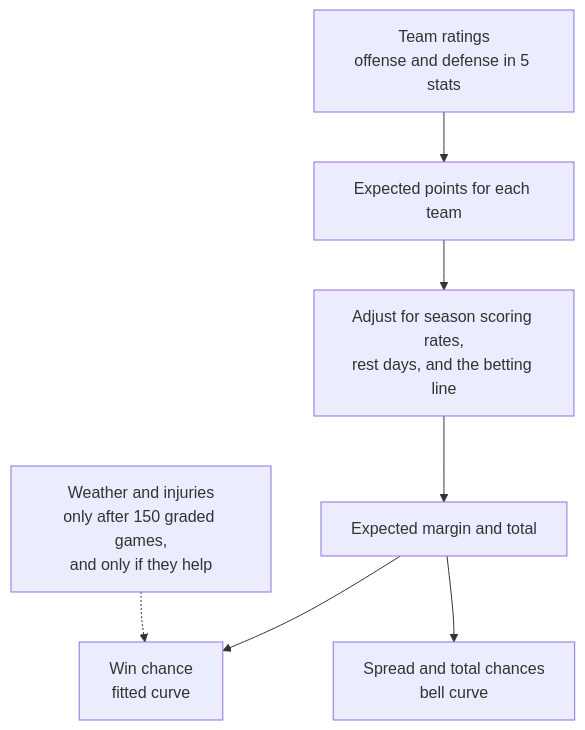
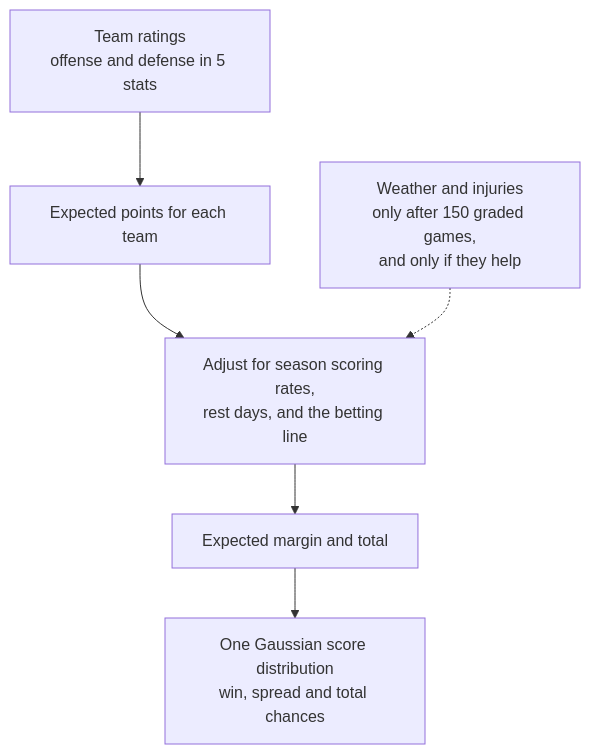
The second of 2 diagrams in README.md (bngomez98/cfb-forecast), drawn with Mermaid before and after one commit. The commit also changed other lines of this file and 9 other files, not shown here.

Commit message:
Keep forecast probabilities consistent with one causal score model

````diff
--- a/README.md
+++ b/README.md
@@ -42,9 +42,8 @@
 ```mermaid
 flowchart TD
   R["Team ratings<br/>offense and defense in 5 stats"] --> P["Expected points for each team"]
   P --> A["Adjust for season scoring rates,<br/>rest days, and the betting line"]
   A --> S["Expected margin and total"]
-  S --> W["Win chance<br/>fitted curve"]
-  S --> L["Spread and total chances<br/>bell curve"]
-  C["Weather and injuries<br/>only after 150 graded games,<br/>and only if they help"] -.-> W
+  S --> W["One Gaussian score distribution<br/>win, spread and total chances"]
+  C["Weather and injuries<br/>only after 150 graded games,<br/>and only if they help"] -.-> A
 ```
````
